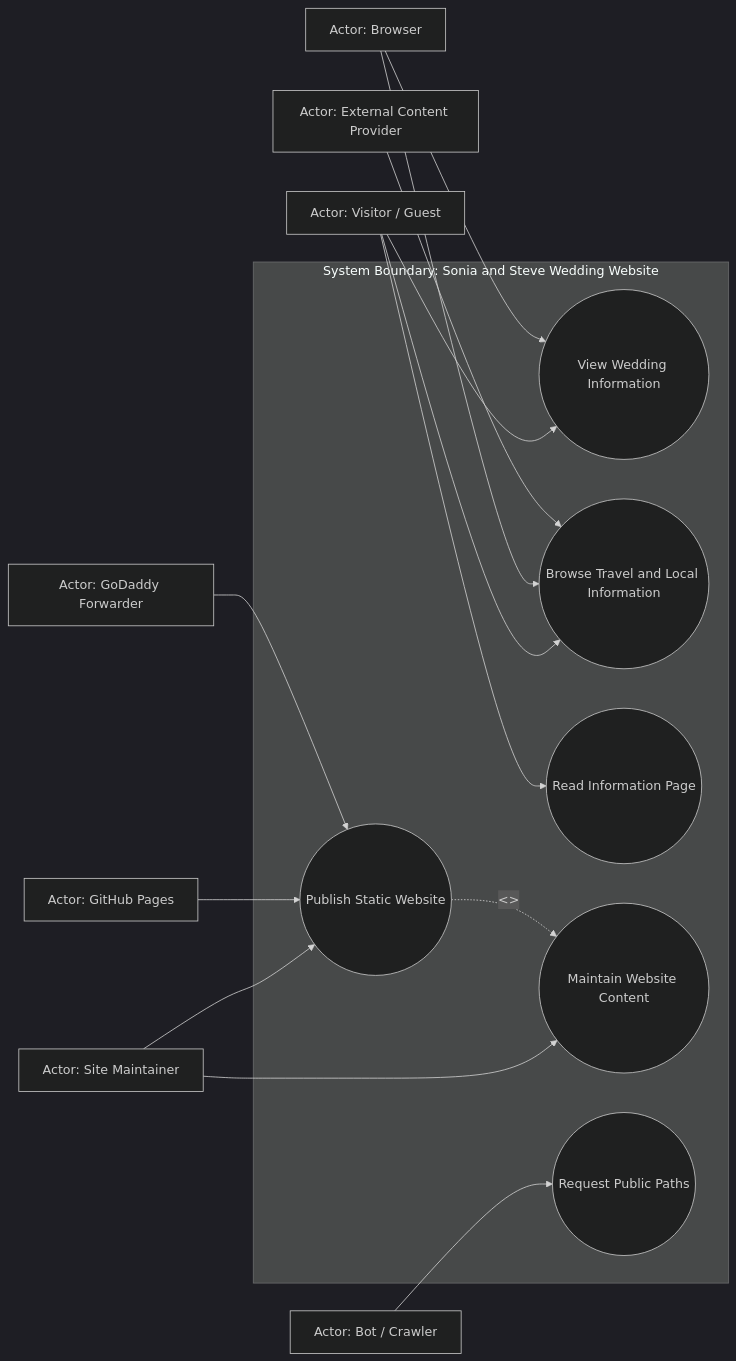
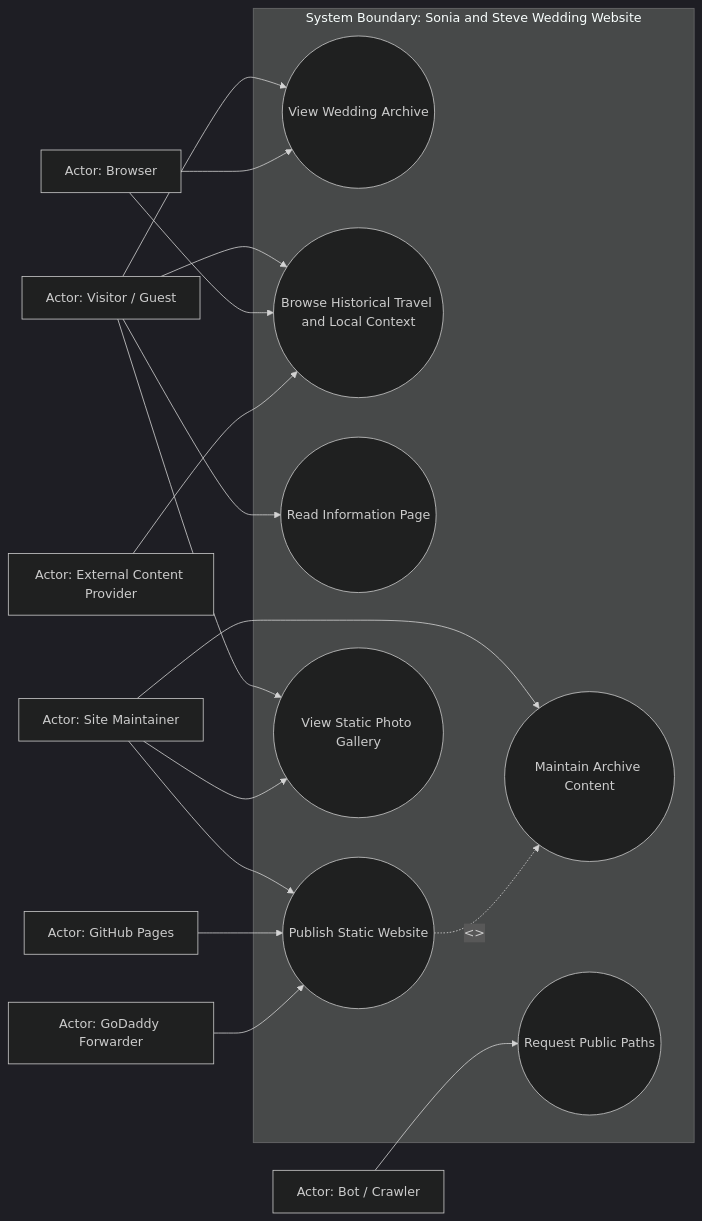
Before and after one commit to skeller01/wedding-website: the second of 4 diagrams in documentation/requirements/current-state-design.md, drawn with Mermaid (dark theme). The commit also changed other lines of this file and 7 other files, not shown here.

````diff
--- a/documentation/requirements/current-state-design.md
+++ b/documentation/requirements/current-state-design.md
@@ -161,33 +167,36 @@
 ```mermaid
 flowchart LR
   Guest[Actor: Visitor / Guest]
   Maintainer[Actor: Site Maintainer]
   Browser[Actor: Browser]
   Pages[Actor: GitHub Pages]
   GoDaddy[Actor: GoDaddy Forwarder]
   Provider[Actor: External Content Provider]
   Bot[Actor: Bot / Crawler]
 
   subgraph System["System Boundary: Sonia and Steve Wedding Website"]
-    UC1((View Wedding Information))
-    UC2((Browse Travel and Local Information))
+    UC1((View Wedding Archive))
+    UC2((Browse Historical Travel and Local Context))
     UC3((Read Information Page))
     UC4((Publish Static Website))
-    UC5((Maintain Website Content))
-    UC6((Request Public Paths))
+    UC5((Maintain Archive Content))
+    UC6((View Static Photo Gallery))
+    UC7((Request Public Paths))
   end
 
   Guest --> UC1
   Guest --> UC2
   Guest --> UC3
+  Guest --> UC6
   Browser --> UC1
   Browser --> UC2
   Provider --> UC2
   Maintainer --> UC4
   Maintainer --> UC5
+  Maintainer --> UC6
   Pages --> UC4
   GoDaddy --> UC4
-  Bot --> UC6
+  Bot --> UC7
 
   UC4 -. "<<include>>" .-> UC5
 ```
````
